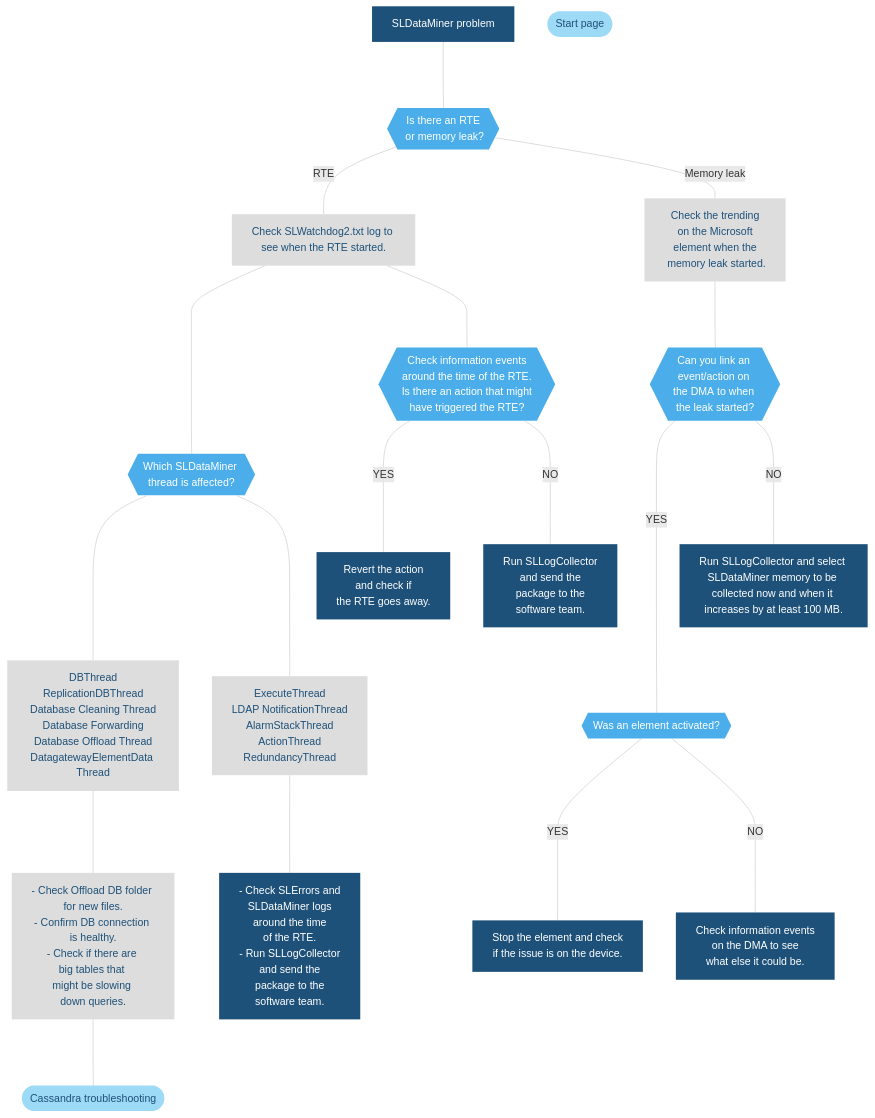
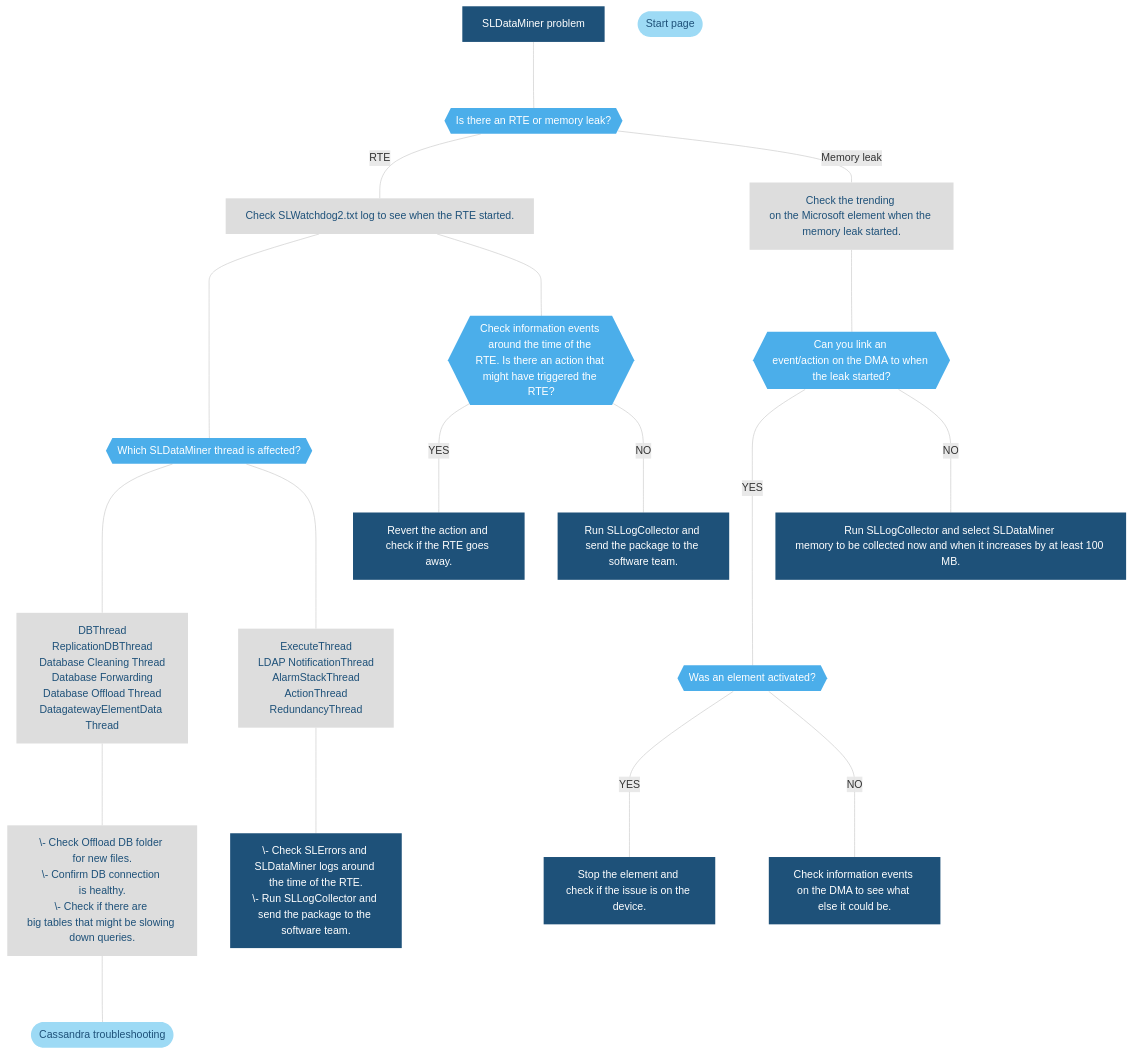
The diagram in user-guide/Troubleshooting/Troubleshooting_Flowcharts/Troubleshooting_Process_Identification/Main_processes/Troubleshooting_SLDataMiner_exe.md (SkylineCommunications/dataminer-docs), drawn with Mermaid before and after one commit. The commit also changed 21 other files, not shown here.

````diff
--- a/user-guide/Troubleshooting/Troubleshooting_Flowcharts/Troubleshooting_Process_Identification/Main_processes/Troubleshooting_SLDataMiner_exe.md
+++ b/user-guide/Troubleshooting/Troubleshooting_Flowcharts/Troubleshooting_Process_Identification/Main_processes/Troubleshooting_SLDataMiner_exe.md
@@ -15,49 +15,49 @@
 ```mermaid
 flowchart TD
 %% Define styles %%
 linkStyle default stroke:#cccccc
 classDef LightBlue fill:#9DDAF5,stroke:#000070,stroke-width:0px, color:#1E5179;
 classDef Blue fill:#4BAEEA,stroke:#000070,stroke-width:0px, color:#FFFFFF;
 classDef DarkBlue fill:#1E5179,stroke:#000070,stroke-width:0px, color:#FFFFFF;
 classDef DarkGray fill:#58595B,stroke:#000070,stroke-width:0px, color:#FFFFFF;
 classDef Gray fill:#999999,stroke:#000070,stroke-width:0px, color:#FFFFFF;
 classDef LightGray fill:#DDDDDD,stroke:#000070,stroke-width:0px, color:#1E5179;
 Start[SLDataMiner problem]
 StartPage([Start page])
-RTE{{"Is there an RTE<br> or memory leak?"}}
-Watchdog[Check SLWatchdog2.txt log to <br>see when the RTE started.]
-Threads{{Which SLDataMiner <br>thread is affected?}}
+RTE{{"Is there an RTE or memory leak?"}}
+Watchdog[Check SLWatchdog2.txt log to see when the RTE started.]
+Threads{{Which SLDataMiner thread is affected?}}
 ThreadsDB[DBThread<br/>ReplicationDBThread<br/>Database Cleaning Thread<br/>Database Forwarding<br/>Database Offload Thread<br/>DatagatewayElementData Thread]
-Offload[- Check Offload DB folder <br> for new files.<br>- Confirm DB connection <br> is healthy.<br>- Check if there are <br> big tables that <br>might be slowing <br> down queries.]
+Offload[" \- Check Offload DB folder for new files.<br>\- Confirm DB connection is healthy.<br>\- Check if there are big tables that might be slowing down queries. "]
 CassandraTb([Cassandra troubleshooting])
 ThreadsSecondary[ExecuteThread<br/>LDAP NotificationThread<br/>AlarmStackThread<br/>ActionThread<br/>RedundancyThread]
-CheckLogs[- Check SLErrors and <br> SLDataMiner logs <br>around the time <br> of the RTE.<br>- Run SLLogCollector <br> and send the <br>package to the <br> software team.]
-InfoEvents{{Check information events <br>around the time of the RTE.<br>Is there an action that might <br>have triggered the RTE?}}
-Revert[Revert the action <br> and check if <br> the RTE goes away.]
-LogCollector1[Run SLLogCollector <br> and send the <br>package to the <br> software team.]
-MemoryLeak[Check the trending <br> on the Microsoft <br>element when the <br> memory leak started.]
-LinkLeak{{Can you link an <br> event/action on <br>the DMA to when <br> the leak started?}}
+CheckLogs[" \- Check SLErrors and SLDataMiner logs around the time of the RTE.<br>\- Run SLLogCollector and send the package to the software team. "]
+InfoEvents{{Check information events around the time of the RTE. Is there an action that might have triggered the RTE?}}
+Revert[Revert the action and check if the RTE goes away.]
+LogCollector1[Run SLLogCollector and send the package to the software team.]
+MemoryLeak[Check the trending on the Microsoft element when the memory leak started.]
+LinkLeak{{Can you link an event/action on the DMA to when the leak started?}}
 ElementActive{{Was an element activated?}}
-LogCollector2[Run SLLogCollector and select <br>SLDataMiner memory to be <br>collected now and when it <br>increases by at least 100 MB.]
-StopElement[Stop the element and check<br/> if the issue is on the device.]
-InfoEventsAlternative[Check information events <br> on the DMA to see <br> what else it could be.]
+LogCollector2[Run SLLogCollector and select SLDataMiner memory to be collected now and when it increases by at least 100 MB.]
+StopElement[Stop the element and check if the issue is on the device.]
+InfoEventsAlternative[Check information events on the DMA to see what else it could be.]
 %% Connect blocks %%
 Start ---- RTE
 RTE ---|RTE|Watchdog
 Watchdog ----- Threads ---- ThreadsDB ---- Offload ---- CassandraTb
 Threads ---- ThreadsSecondary ---- CheckLogs
 Watchdog ---- InfoEvents
 InfoEvents ----|YES|Revert
 InfoEvents ----|NO|LogCollector1
 RTE ---|Memory leak|MemoryLeak ---- LinkLeak -----|YES|ElementActive ----|YES|StopElement
 LinkLeak ----|NO|LogCollector2
 ElementActive ----|NO|InfoEventsAlternative
 %% Define hyperlinks %%
 click StartPage "/user-guide/Troubleshooting/Troubleshooting_Flowcharts/Finding_a_Root_Cause.html"
 click CassandraTb "https://community.dataminer.services/troubleshooting-cassandra/"
 %% Apply styles to blocks %%
 class Start,Revert,LogCollector1,LogCollector2,CheckLogs,StopElement,InfoEventsAlternative DarkBlue; 
 class Watchdog,ThreadsDB,Offload,ThreadsSecondary,MemoryLeak LightGray;
 class RTE,Threads,InfoEvents,ElementActive,LinkLeak Blue;
 class StartPage,CassandraTb LightBlue;
 ```
````
